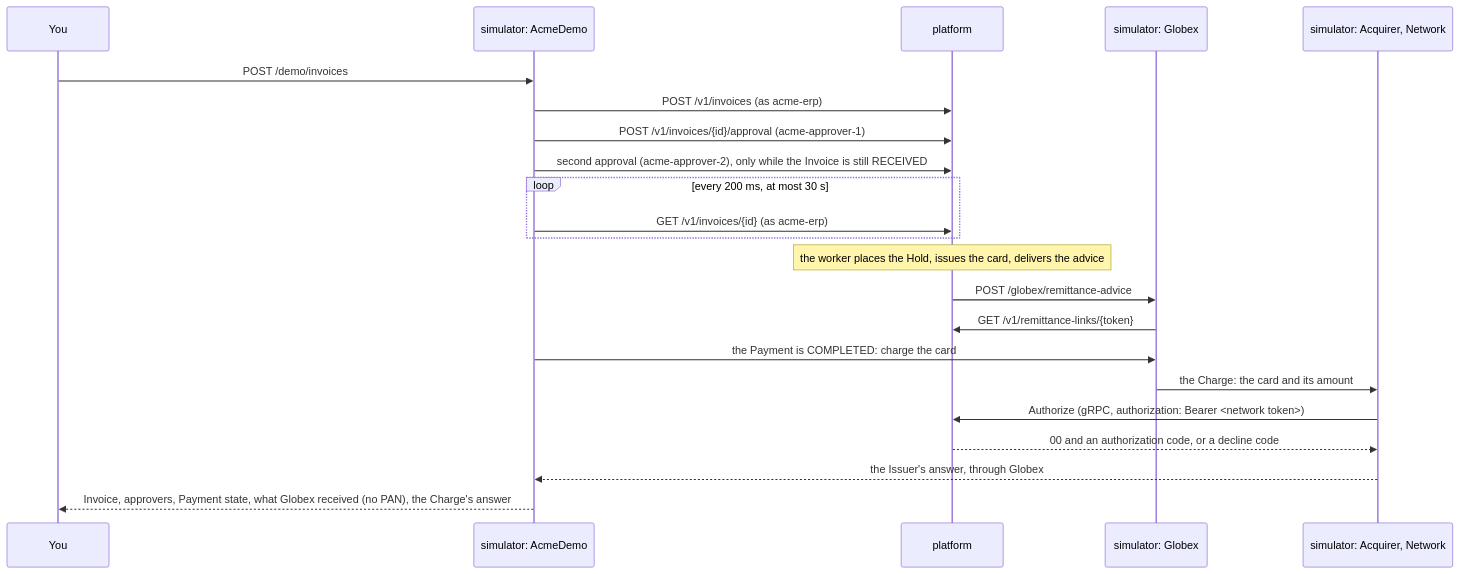
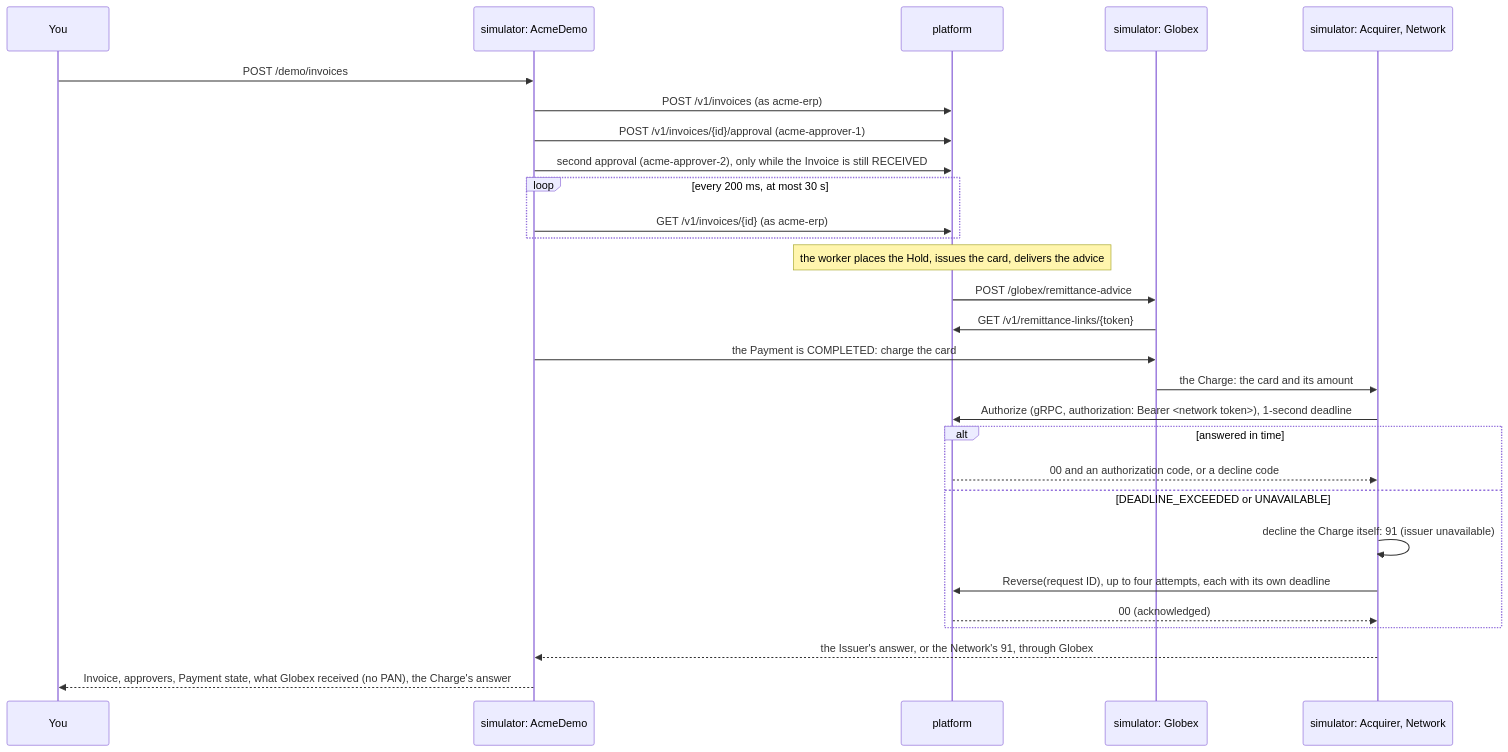
Before and after one commit to rgonzal92/b2b-payments-platform: the eighth of 8 diagrams in docs/architecture.md, drawn with Mermaid. The commit also changed other lines of this file and 5 other files, not shown here.

First line of the commit message:
docs: close M2 with the Network's deadline, decline and Reversal

````diff
--- a/docs/architecture.md
+++ b/docs/architecture.md
@@ -283,25 +283,31 @@
 ```mermaid
 sequenceDiagram
   participant You
   participant DEMO as simulator: AcmeDemo
   participant PLT as platform
   participant GLX as simulator: Globex
   participant NET as simulator: Acquirer, Network
 
   You->>DEMO: POST /demo/invoices
   DEMO->>PLT: POST /v1/invoices (as acme-erp)
   DEMO->>PLT: POST /v1/invoices/{id}/approval (acme-approver-1)
   DEMO->>PLT: second approval (acme-approver-2), only while the Invoice is still RECEIVED
   loop every 200 ms, at most 30 s
     DEMO->>PLT: GET /v1/invoices/{id} (as acme-erp)
   end
   Note over PLT: the worker places the Hold, issues the card, delivers the advice
   PLT->>GLX: POST /globex/remittance-advice
   GLX->>PLT: GET /v1/remittance-links/{token}
   DEMO->>GLX: the Payment is COMPLETED: charge the card
   GLX->>NET: the Charge: the card and its amount
-  NET->>PLT: Authorize (gRPC, authorization: Bearer <network token>)
-  PLT-->>NET: 00 and an authorization code, or a decline code
-  NET-->>DEMO: the Issuer's answer, through Globex
+  NET->>PLT: Authorize (gRPC, authorization: Bearer <network token>), 1-second deadline
+  alt answered in time
+    PLT-->>NET: 00 and an authorization code, or a decline code
+  else DEADLINE_EXCEEDED or UNAVAILABLE
+    NET->>NET: decline the Charge itself: 91 (issuer unavailable)
+    NET->>PLT: Reverse(request ID), up to four attempts, each with its own deadline
+    PLT-->>NET: 00 (acknowledged)
+  end
+  NET-->>DEMO: the Issuer's answer, or the Network's 91, through Globex
   DEMO-->>You: Invoice, approvers, Payment state, what Globex received (no PAN), the Charge's answer
 ```
````
